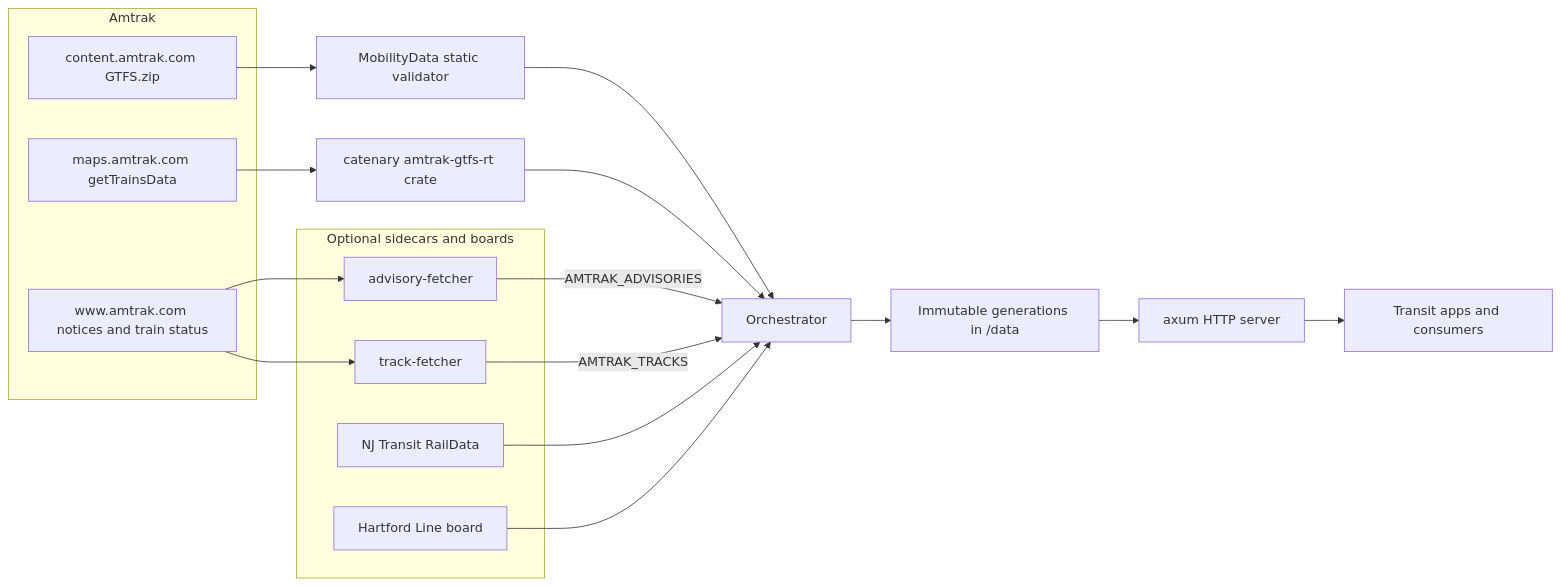
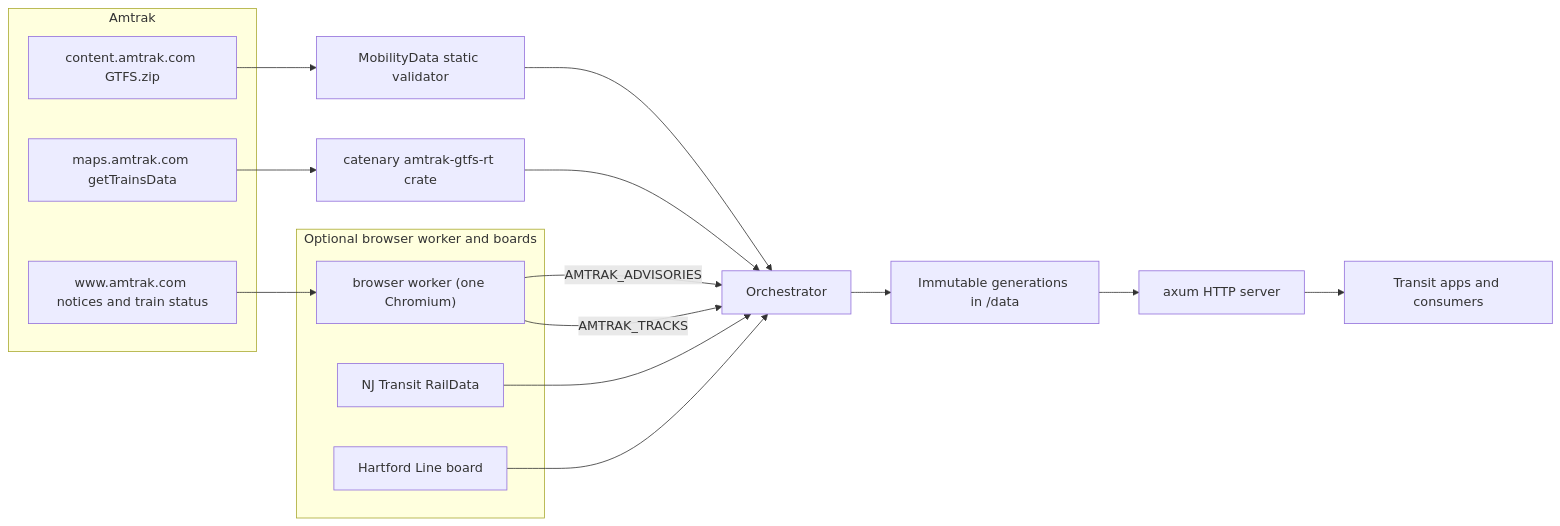
The first of 9 diagrams in README.md (sohampatwardhan/Amtrak-GTFS-RT), drawn with Mermaid before and after one commit. The commit also changed other lines of this file and 117 other files, not shown here.

First line of the commit message:
Merge the track and notices fetchers into one browser worker with one Chromium.

````diff
--- a/README.md
+++ b/README.md
@@ -28,27 +28,25 @@
 ```mermaid
 flowchart LR
   subgraph amtrak["Amtrak"]
     gtfs["content.amtrak.com GTFS.zip"]
     maps["maps.amtrak.com getTrainsData"]
     www["www.amtrak.com notices and train status"]
   end
-  subgraph optional["Optional sidecars and boards"]
-    adv["advisory-fetcher"]
-    trk["track-fetcher"]
+  subgraph optional["Optional browser worker and boards"]
+    worker["browser worker (one Chromium)"]
     njt["NJ Transit RailData"]
     hart["Hartford Line board"]
   end
   gtfs --> validator["MobilityData static validator"]
   validator --> orch["Orchestrator"]
   maps --> crate["catenary amtrak-gtfs-rt crate"]
   crate --> orch
-  www --> adv
-  www --> trk
-  adv -->|"AMTRAK_ADVISORIES"| orch
-  trk -->|"AMTRAK_TRACKS"| orch
+  www --> worker
+  worker -->|"AMTRAK_ADVISORIES"| orch
+  worker -->|"AMTRAK_TRACKS"| orch
   njt --> orch
   hart --> orch
   orch --> store["Immutable generations in /data"]
   store --> http["axum HTTP server"]
   http --> apps["Transit apps and consumers"]
 ```
````
